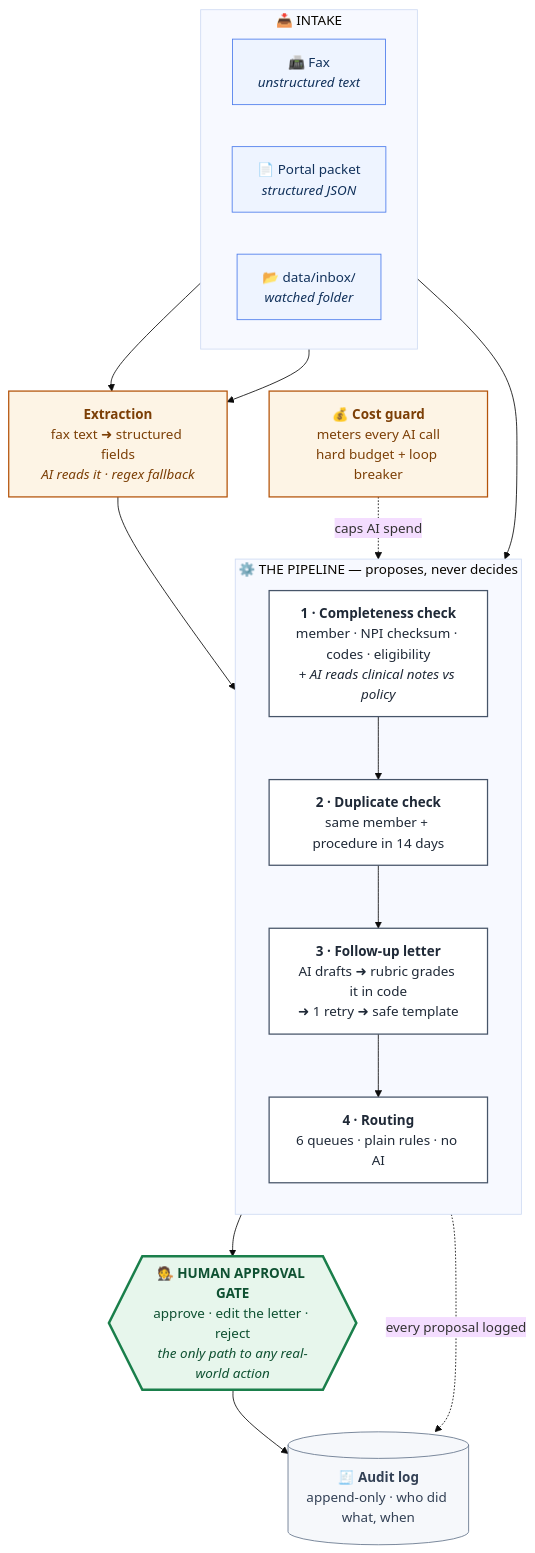
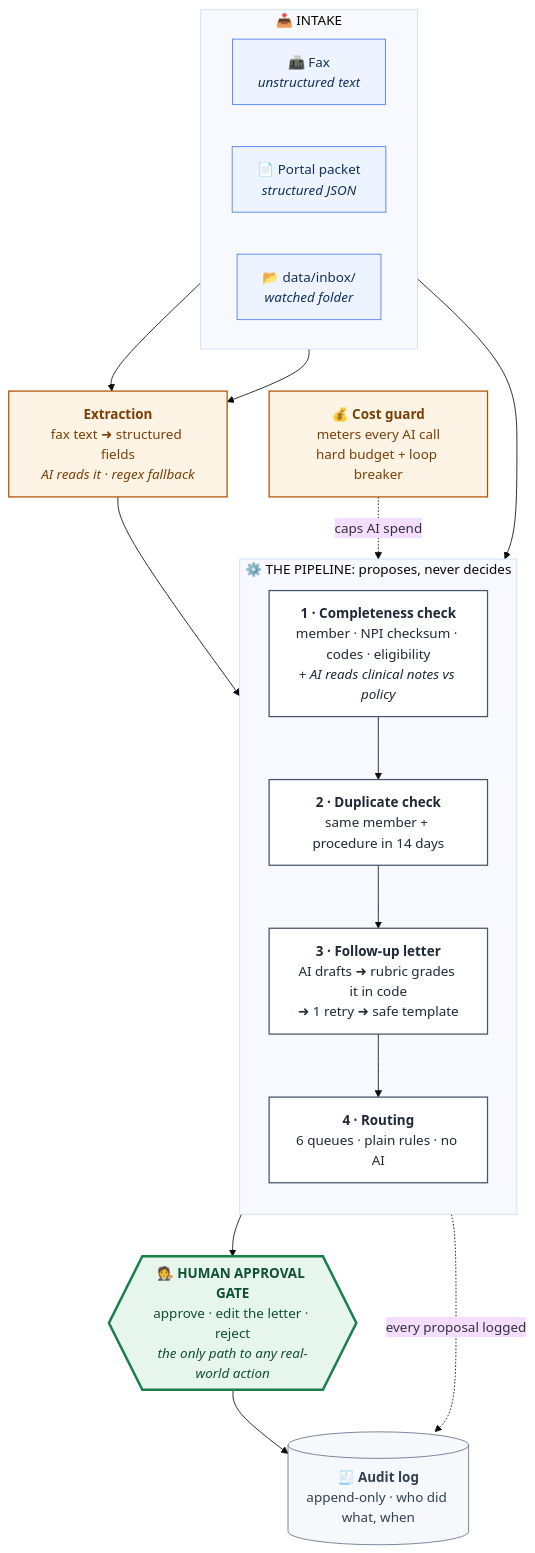
One commit to VidhansheeK/pa-intake-workflow-agent changed the diagram in README.md. Above: the diagram before and after it, drawn with Mermaid (base theme). The commit also changed other lines of this file, not shown here.

````diff
--- a/README.md
+++ b/README.md
@@ -72,47 +72,47 @@
 ```mermaid
 flowchart TD
     subgraph INTAKE ["📥 INTAKE"]
         direction LR
         FAX["📠 Fax<br/><i>unstructured text</i>"]
         JSON["📄 Portal packet<br/><i>structured JSON</i>"]
         INBOX["📂 data/inbox/<br/><i>watched folder</i>"]
     end
 
     EXTRACT["<b>Extraction</b><br/>fax text ➜ structured fields<br/><i>AI reads it · regex fallback</i>"]
 
-    subgraph PIPE ["⚙️ THE PIPELINE — proposes, never decides"]
+    subgraph PIPE ["⚙️ THE PIPELINE: proposes, never decides"]
         direction TB
         CHECK["<b>1 · Completeness check</b><br/>member · NPI checksum · codes · eligibility<br/><i>+ AI reads clinical notes vs policy</i>"]
         DUP["<b>2 · Duplicate check</b><br/>same member + procedure in 14 days"]
         LETTER["<b>3 · Follow-up letter</b><br/>AI drafts ➜ rubric grades it in code<br/>➜ 1 retry ➜ safe template"]
         ROUTE["<b>4 · Routing</b><br/>6 queues · plain rules · no AI"]
         CHECK --> DUP --> LETTER --> ROUTE
     end
 
     GATE{{"🧑‍⚖️ <b>HUMAN APPROVAL GATE</b><br/>approve · edit the letter · reject<br/><i>the only path to any real-world action</i>"}}
 
     AUDIT[("🧾 <b>Audit log</b><br/>append-only · who did what, when")]
     GUARD["💰 <b>Cost guard</b><br/>meters every AI call<br/>hard budget + loop breaker"]
 
     FAX --> EXTRACT
     INBOX --> EXTRACT
     EXTRACT --> CHECK
     JSON --> CHECK
     ROUTE --> GATE
     GATE --> AUDIT
     PIPE -.every proposal logged.-> AUDIT
     GUARD -.caps AI spend.-> PIPE
 
     classDef intake fill:#eef4ff,stroke:#4b7bec,stroke-width:1px,color:#12325c
     classDef pipeline fill:#ffffff,stroke:#475569,stroke-width:1.5px,color:#1f2937
     classDef gate fill:#e7f6ec,stroke:#1a7f4b,stroke-width:3px,color:#0f5132
     classDef store fill:#f6f8fb,stroke:#64748b,stroke-width:1px,color:#334155
     classDef guard fill:#fdf4e5,stroke:#b45309,stroke-width:1.5px,color:#7c3f06
     classDef ai fill:#fdf4e5,stroke:#b45309,stroke-width:1.5px,color:#7c3f06
 
     class FAX,JSON,INBOX intake
     class CHECK,DUP,LETTER,ROUTE pipeline
     class GATE gate
     class AUDIT store
     class GUARD,EXTRACT guard
 ```
````
